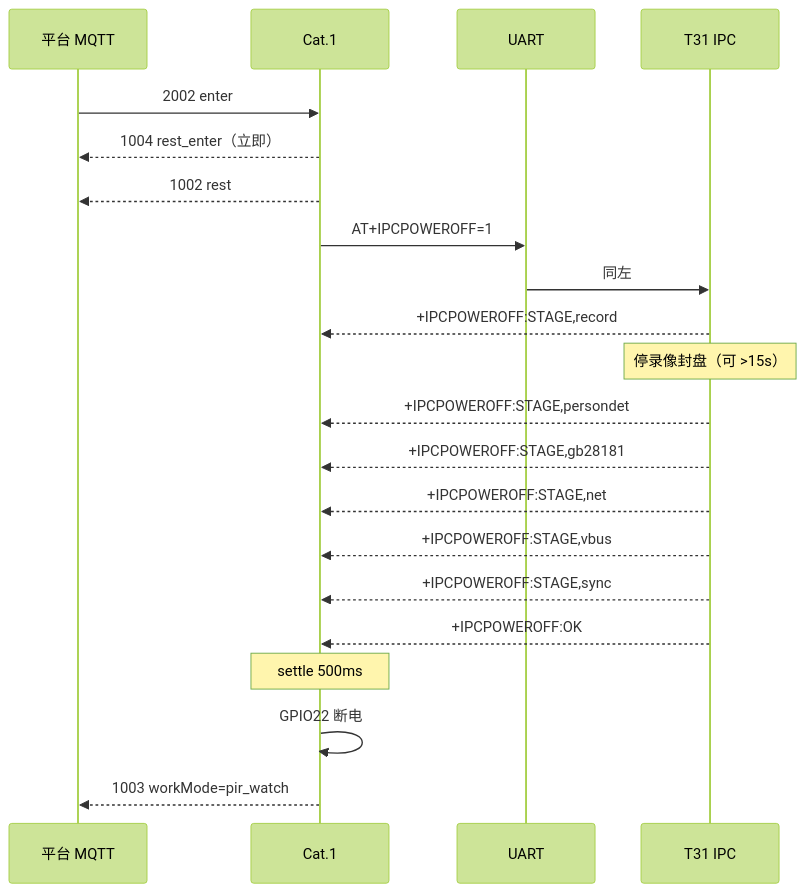
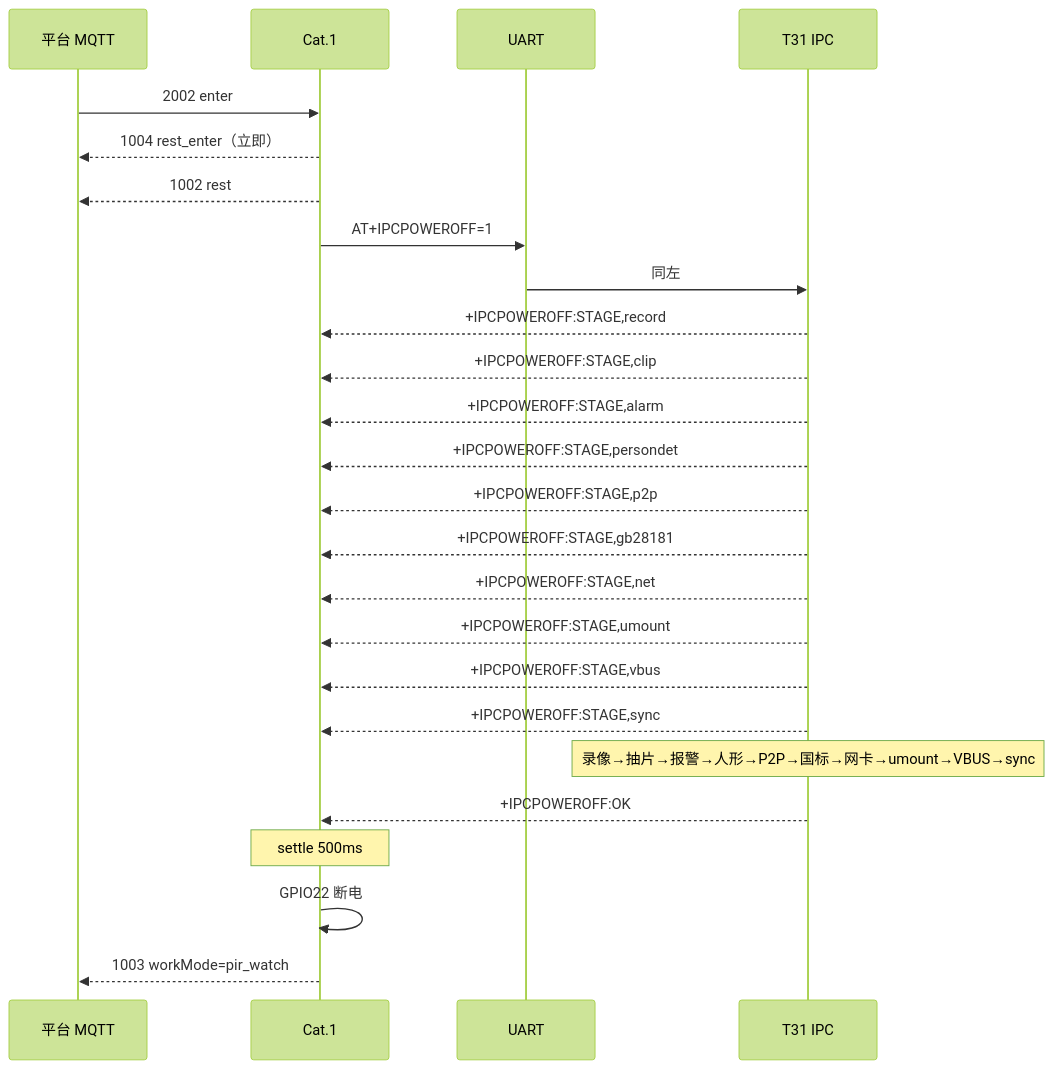
Before and after one commit to dzr1986/AIR780EHM: the diagram in doc/mqtt/MQTT_2002_IPCPOWEROFF_T31_FLOW.md, drawn with Mermaid (forest theme). The commit also changed other lines of this file and 49 other files, not shown here.

````diff
--- a/doc/mqtt/MQTT_2002_IPCPOWEROFF_T31_FLOW.md
+++ b/doc/mqtt/MQTT_2002_IPCPOWEROFF_T31_FLOW.md
@@ -55,24 +61,28 @@
 ```mermaid
 sequenceDiagram
     participant P as 平台 MQTT
     participant C as Cat.1
     participant U as UART
     participant T as T31 IPC
 
     P->>C: 2002 enter
     C-->>P: 1004 rest_enter（立即）
     C-->>P: 1002 rest
     C->>U: AT+IPCPOWEROFF=1
     U->>T: 同左
     T-->>C: +IPCPOWEROFF:STAGE,record
-    Note over T: 停录像封盘（可 >15s）
+    T-->>C: +IPCPOWEROFF:STAGE,clip
+    T-->>C: +IPCPOWEROFF:STAGE,alarm
     T-->>C: +IPCPOWEROFF:STAGE,persondet
+    T-->>C: +IPCPOWEROFF:STAGE,p2p
     T-->>C: +IPCPOWEROFF:STAGE,gb28181
     T-->>C: +IPCPOWEROFF:STAGE,net
+    T-->>C: +IPCPOWEROFF:STAGE,umount
     T-->>C: +IPCPOWEROFF:STAGE,vbus
     T-->>C: +IPCPOWEROFF:STAGE,sync
+    Note over T: 录像→抽片→报警→人形→P2P→国标→网卡→umount→VBUS→sync
     T-->>C: +IPCPOWEROFF:OK
     Note over C: settle 500ms
     C->>C: GPIO22 断电
     C-->>P: 1003 workMode=pir_watch
 ```
````
